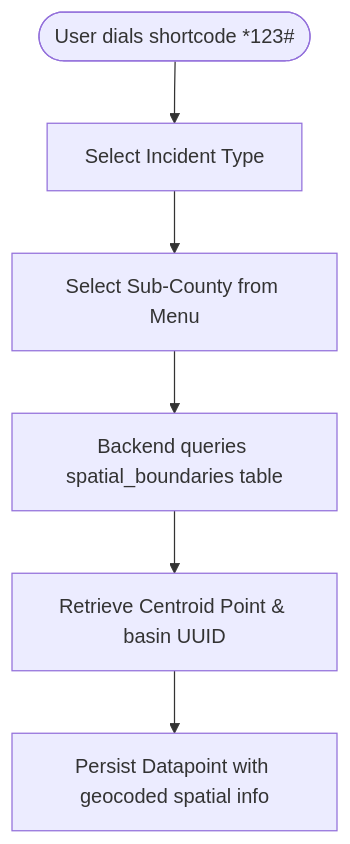
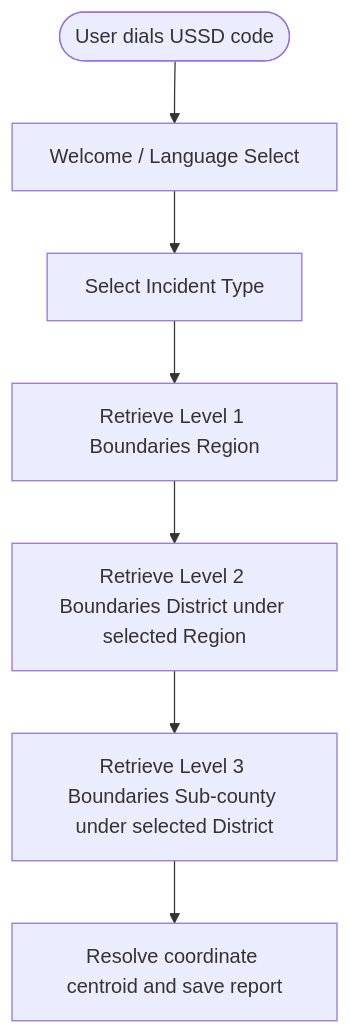
The diagram in docs/prd/spatial_boundaries_prd.md (akvo/nbd-phase-1), drawn with Mermaid before and after one commit. The commit also changed other lines of this file and 2 other files, not shown here.

Commit message:
[#27] docs: update database schema, LLD, and PRD for spatial boundaries

````diff
--- a/docs/prd/spatial_boundaries_prd.md
+++ b/docs/prd/spatial_boundaries_prd.md
@@ -73,8 +23,9 @@
 ```mermaid
 flowchart TD
-    A([User dials shortcode *123#]) --> B[Select Incident Type]
-    B --> C[Select Sub-County from Menu]
-    C --> D[Backend queries spatial_boundaries table]
-    D --> E[Retrieve Centroid Point & basin UUID]
-    E --> F[Persist Datapoint with geocoded spatial info]
+    A([User dials USSD code]) --> B[Welcome / Language Select]
+    B --> C[Select Incident Type]
+    C --> D[Retrieve Level 1 Boundaries Region]
+    D --> E[Retrieve Level 2 Boundaries District under selected Region]
+    E --> F[Retrieve Level 3 Boundaries Sub-county under selected District]
+    F --> G[Resolve coordinate centroid and save report]
 ```
````
